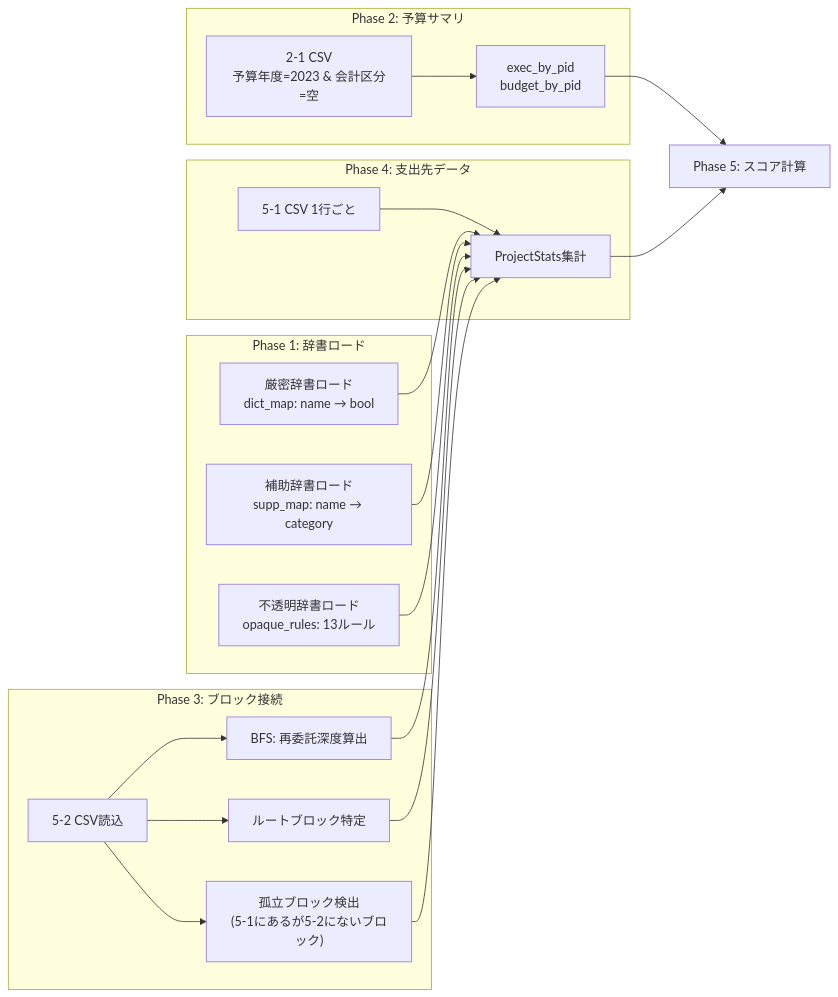
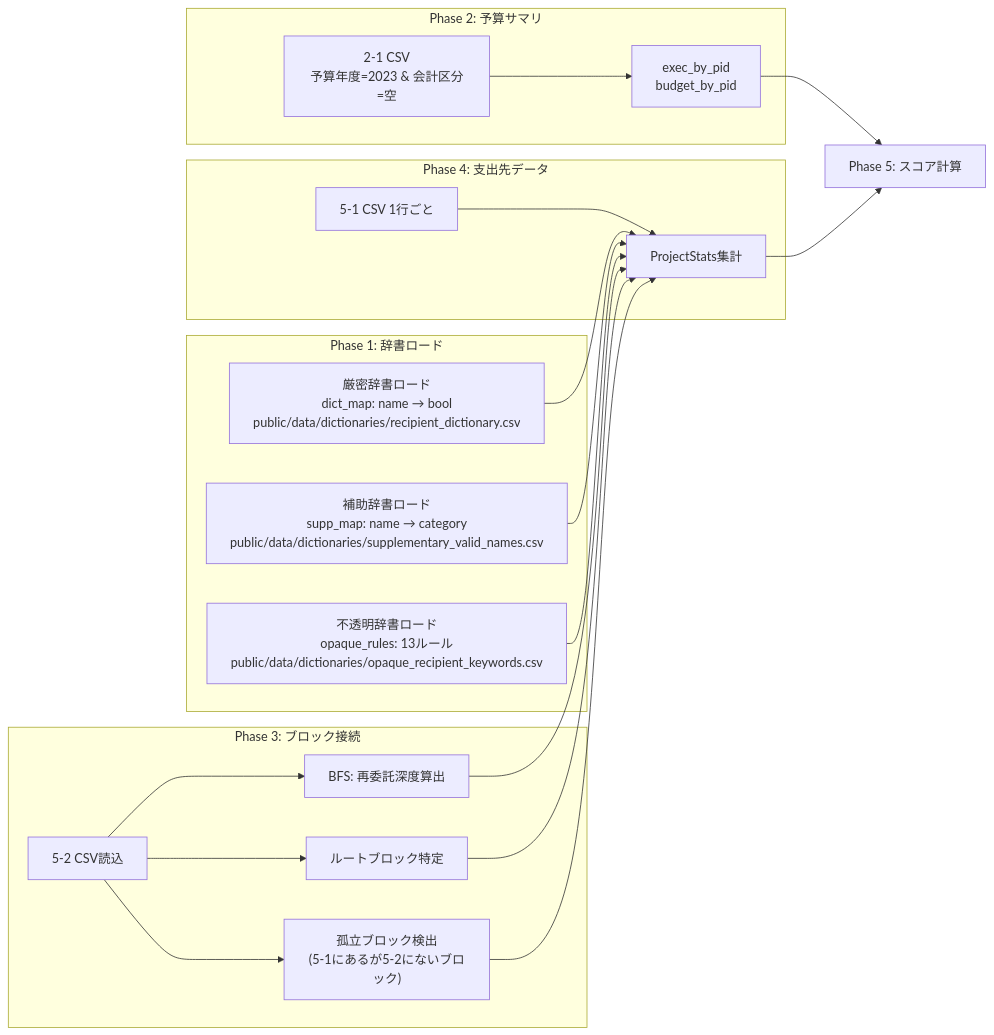
The second of 11 diagrams in docs/quality-scoring-guide.md (igomuni/marumie-rssystem), drawn with Mermaid before and after one commit. The commit also changed other lines of this file and 6 other files, not shown here.

````diff
--- a/docs/quality-scoring-guide.md
+++ b/docs/quality-scoring-guide.md
@@ -48,33 +48,33 @@
 ```mermaid
 flowchart LR
     subgraph "Phase 1: 辞書ロード"
-        D1["厳密辞書ロード<br/>dict_map: name → bool"]
-        D2["補助辞書ロード<br/>supp_map: name → category"]
-        D3["不透明辞書ロード<br/>opaque_rules: 13ルール"]
+        D1["厳密辞書ロード<br/>dict_map: name → bool<br/>public/data/dictionaries/recipient_dictionary.csv"]
+        D2["補助辞書ロード<br/>supp_map: name → category<br/>public/data/dictionaries/supplementary_valid_names.csv"]
+        D3["不透明辞書ロード<br/>opaque_rules: 13ルール<br/>public/data/dictionaries/opaque_recipient_keywords.csv"]
     end
 
     subgraph "Phase 2: 予算サマリ"
         B1["2-1 CSV<br/>予算年度=2023 & 会計区分=空"]
         B2["exec_by_pid<br/>budget_by_pid"]
         B1 --> B2
     end
 
     subgraph "Phase 3: ブロック接続"
         BL1["5-2 CSV読込"]
         BL2["BFS: 再委託深度算出"]
         BL3["ルートブロック特定"]
         BL4["孤立ブロック検出<br/>(5-1にあるが5-2にないブロック)"]
         BL1 --> BL2 & BL3 & BL4
     end
 
     subgraph "Phase 4: 支出先データ"
         SP1["5-1 CSV 1行ごと"]
         SP2["ProjectStats集計"]
         SP1 --> SP2
     end
 
     D1 & D2 & D3 --> SP2
     B2 --> SC
     BL2 & BL3 & BL4 --> SP2
     SP2 --> SC["Phase 5: スコア計算"]
 ```
````
